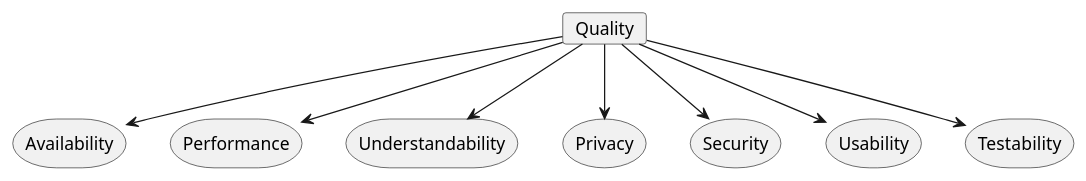
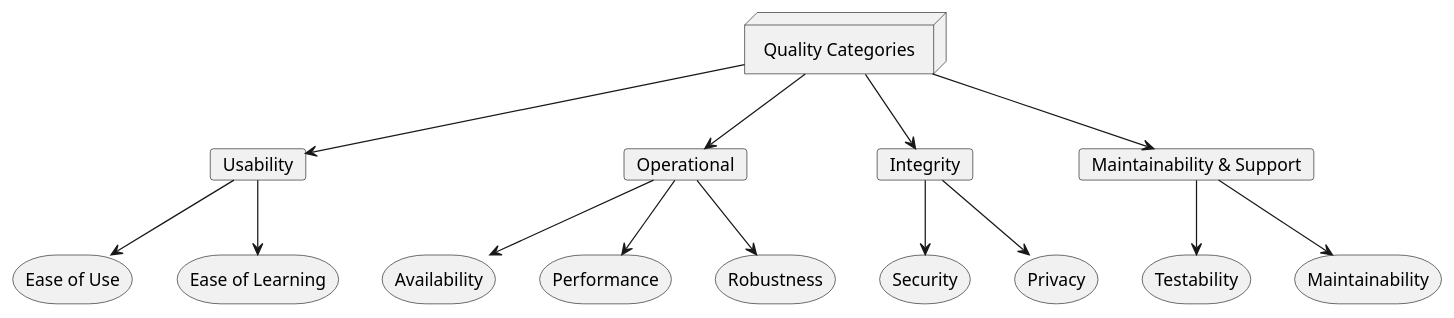
One commit to Arquisoft/lomap_en1a changed the diagram in docs/10_quality_scenarios.adoc. Above: the diagram before and after it, drawn with PlantUML. The commit also changed other lines of this file and 2 other files, not shown here.

Commit message:
Updated Sections 10 and 11 of the Documentation.

```diff
--- a/docs/10_quality_scenarios.adoc
+++ b/docs/10_quality_scenarios.adoc
@@ -6,29 +8,41 @@
 [plantuml, "Quality Tree", svg]
 ----
 @startuml
-card Quality
+node Quality as "Quality Categories"
 
+card Usability
+storage EoU as "Ease of Use"
+storage EoL as "Ease of Learning"
+
+card Operational
 storage Availability
 storage Performance
-storage Understandability
-storage Privacy
-storage Security
-storage Usability
+storage Robustness
+
+card Integrity
+storage Sec as "Security"
+storage Priv as "Privacy"
+
+card MaS as "Maintainability & Support"
 storage Testability
+storage Maintainability
 
-Availability -[hidden]r- Performance
-Performance -[hidden]r- Understandability
-Understandability -[hidden]r- Privacy
-Privacy -[hidden]r- Security
-Security -[hidden]r- Usability
-Usability -[hidden]r- Testability
+Quality -d-> Operational
+Quality -d-> Integrity
+Quality -d-> Usability
+Quality -d-> MaS
 
-Quality -d-> Availability
-Quality -d-> Performance
-Quality -d-> Understandability
-Quality -d-> Privacy
-Quality -d-> Security
-Quality -d-> Usability
-Quality -d-> Testability
+Usability -d-> EoU
+Usability -d-> EoL
+
+Operational -d-> Availability
+Operational -d-> Performance
+Operational -d-> Robustness
+
+Integrity -d-> Sec
+Integrity -d-> Priv
+
+MaS -d-> Maintainability
+MaS -d-> Testability
 @enduml
 ----
```
